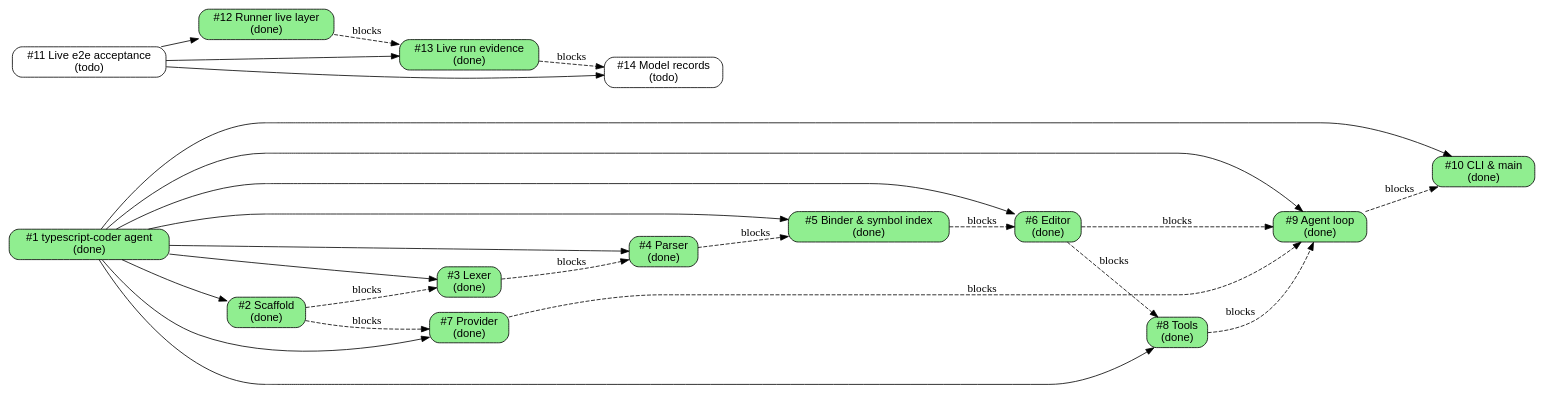
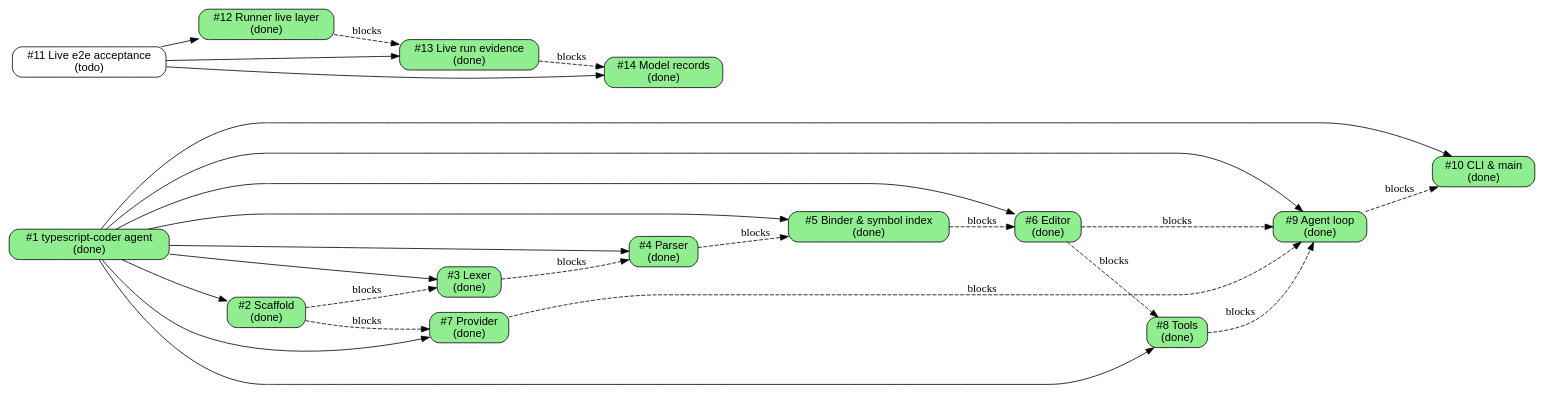
The diagram in issues/todo.md (illusory0x0/typescript-coder), drawn with Graphviz before and after one commit. The commit also changed other lines of this file and 4 other files, not shown here.

Commit message:
Correct model records in spec and closed issues (issue #14)

````diff
--- a/issues/todo.md
+++ b/issues/todo.md
@@ -7,53 +7,53 @@
 ```dot
 digraph issues {
   rankdir=LR;
   node [shape=box, style="rounded,filled", fontname="Helvetica"];
 
   // status colors: todo=white, in-progress=lightyellow, review=lightblue,
   //                done=lightgreen, wontfix=lightgrey
   "1"  [label="#1 typescript-coder agent\n(done)", fillcolor="lightgreen"];
   "2"  [label="#2 Scaffold\n(done)", fillcolor="lightgreen"];
   "3"  [label="#3 Lexer\n(done)", fillcolor="lightgreen"];
   "4"  [label="#4 Parser\n(done)", fillcolor="lightgreen"];
   "5"  [label="#5 Binder & symbol index\n(done)", fillcolor="lightgreen"];
   "6"  [label="#6 Editor\n(done)", fillcolor="lightgreen"];
   "7"  [label="#7 Provider\n(done)", fillcolor="lightgreen"];
   "8"  [label="#8 Tools\n(done)", fillcolor="lightgreen"];
   "9"  [label="#9 Agent loop\n(done)", fillcolor="lightgreen"];
   "10" [label="#10 CLI & main\n(done)", fillcolor="lightgreen"];
   "11" [label="#11 Live e2e acceptance\n(todo)", fillcolor="white"];
   "12" [label="#12 Runner live layer\n(done)", fillcolor="lightgreen"];
   "13" [label="#13 Live run evidence\n(done)", fillcolor="lightgreen"];
-  "14" [label="#14 Model records\n(todo)", fillcolor="white"];
+  "14" [label="#14 Model records\n(done)", fillcolor="lightgreen"];
 
   // tree edges (parent -> child), solid
   "1" -> "2";
   "1" -> "3";
   "1" -> "4";
   "1" -> "5";
   "1" -> "6";
   "1" -> "7";
   "1" -> "8";
   "1" -> "9";
   "1" -> "10";
 
   // tree edges (parent -> child), solid
   "11" -> "12";
   "11" -> "13";
   "11" -> "14";
 
   // dependency edges (blocker -> blocked), dashed
   "2" -> "3" [style=dashed, label="blocks"];
   "3" -> "4" [style=dashed, label="blocks"];
   "4" -> "5" [style=dashed, label="blocks"];
   "5" -> "6" [style=dashed, label="blocks"];
   "2" -> "7" [style=dashed, label="blocks"];
   "6" -> "8" [style=dashed, label="blocks"];
   "6" -> "9" [style=dashed, label="blocks"];
   "7" -> "9" [style=dashed, label="blocks"];
   "8" -> "9" [style=dashed, label="blocks"];
   "9" -> "10" [style=dashed, label="blocks"];
   "12" -> "13" [style=dashed, label="blocks"];
   "13" -> "14" [style=dashed, label="blocks"];
 }
 ```
````
